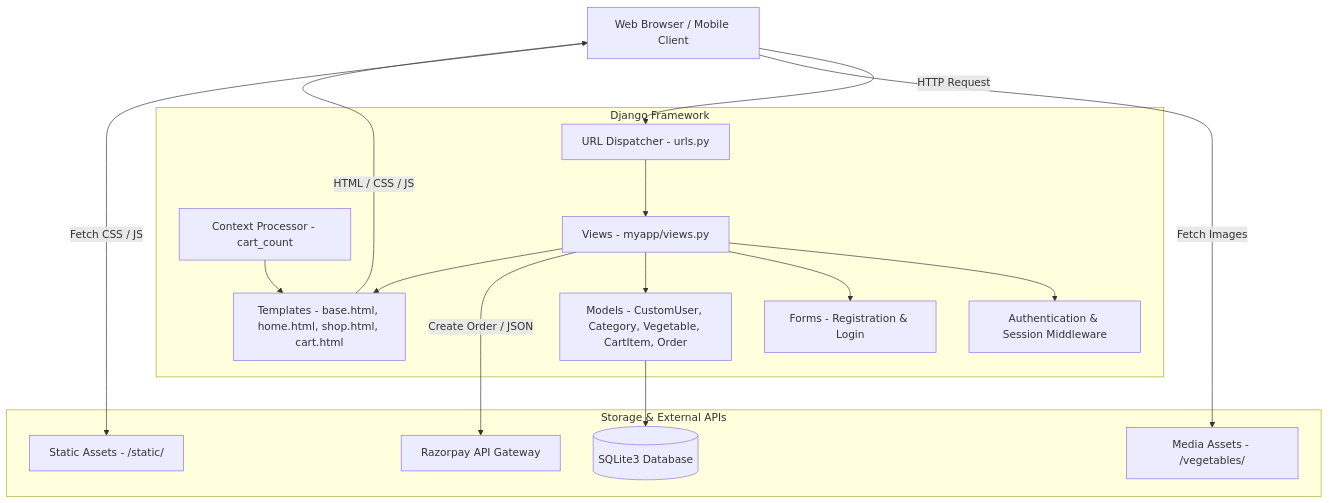
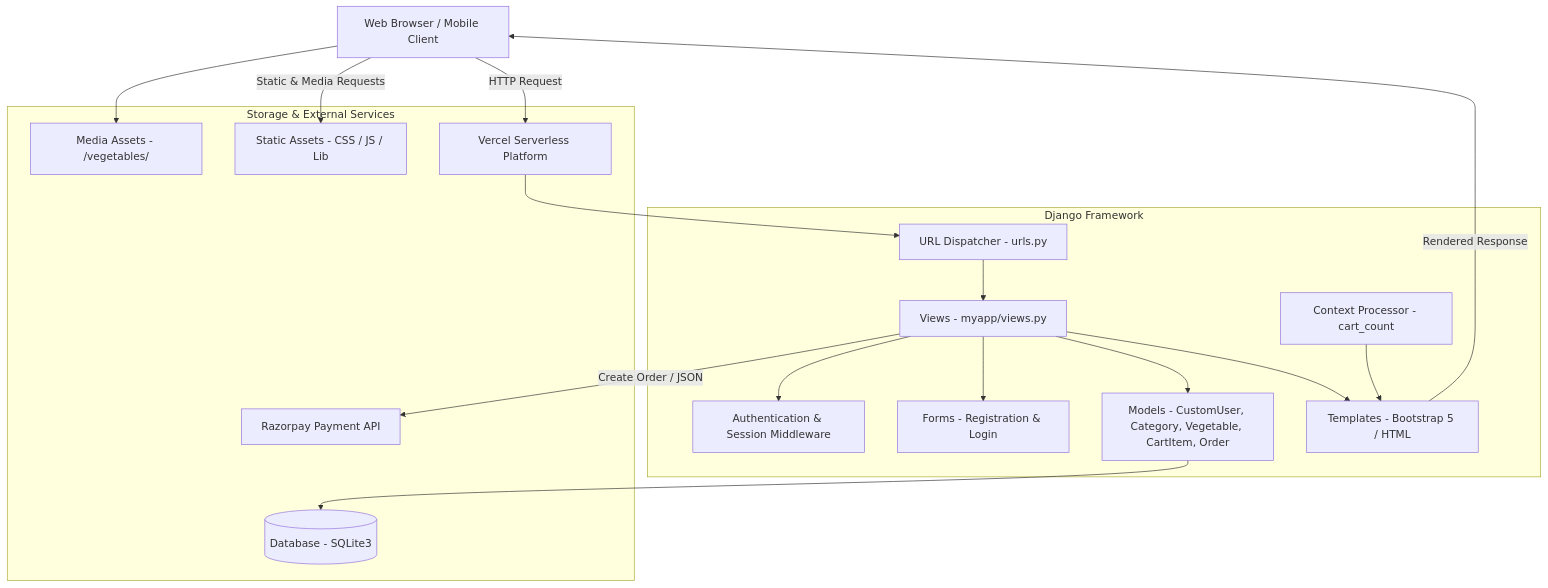
Before and after one commit to miarajsk18-stack/vg: the first of 2 diagrams in README.md, drawn with Mermaid. The commit also changed other lines of this file, not shown here.

Commit message:
docs: rewrite README with project analysis, live Vercel demo link, and deployment guide

````diff
--- a/README.md
+++ b/README.md
@@ -105,34 +117,36 @@
 ```mermaid
 graph TD
     Client[Web Browser / Mobile Client]
     
     subgraph Django Framework
         Urls[URL Dispatcher - urls.py]
         Auth[Authentication & Session Middleware]
         CP[Context Processor - cart_count]
         Views[Views - myapp/views.py]
         Forms[Forms - Registration & Login]
         Models[Models - CustomUser, Category, Vegetable, CartItem, Order]
-        Templates[Templates - base.html, home.html, shop.html, cart.html]
+        Templates[Templates - Bootstrap 5 / HTML]
     end
     
-    subgraph Storage & External APIs
-        DB[(SQLite3 Database)]
+    subgraph Storage & External Services
+        DB[(Database - SQLite3)]
         Media[Media Assets - /vegetables/]
-        Static[Static Assets - /static/]
-        Razorpay[Razorpay API Gateway]
+        Static[Static Assets - CSS / JS / Lib]
+        Razorpay[Razorpay Payment API]
+        Vercel[Vercel Serverless Platform]
     end
 
-    Client -->|HTTP Request| Urls
+    Client -->|HTTP Request| Vercel
+    Vercel --> Urls
     Urls --> Views
     Views --> Auth
     Views --> Forms
     Views --> Models
     Models --> DB
     Views -->|Create Order / JSON| Razorpay
     Views --> Templates
     CP --> Templates
-    Templates -->|HTML / CSS / JS| Client
-    Client -->|Fetch Images| Media
-    Client -->|Fetch CSS / JS| Static
+    Templates -->|Rendered Response| Client
+    Client -->|Static & Media Requests| Static
+    Client --> Media
 ```
````
